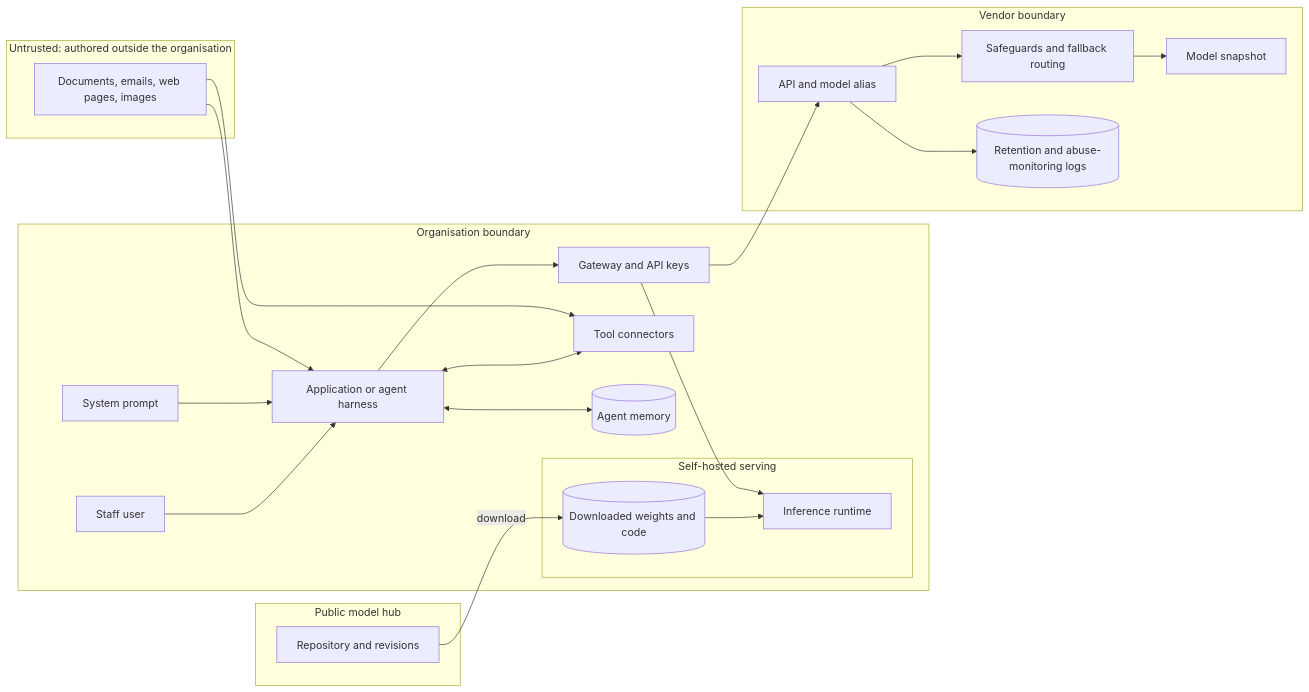
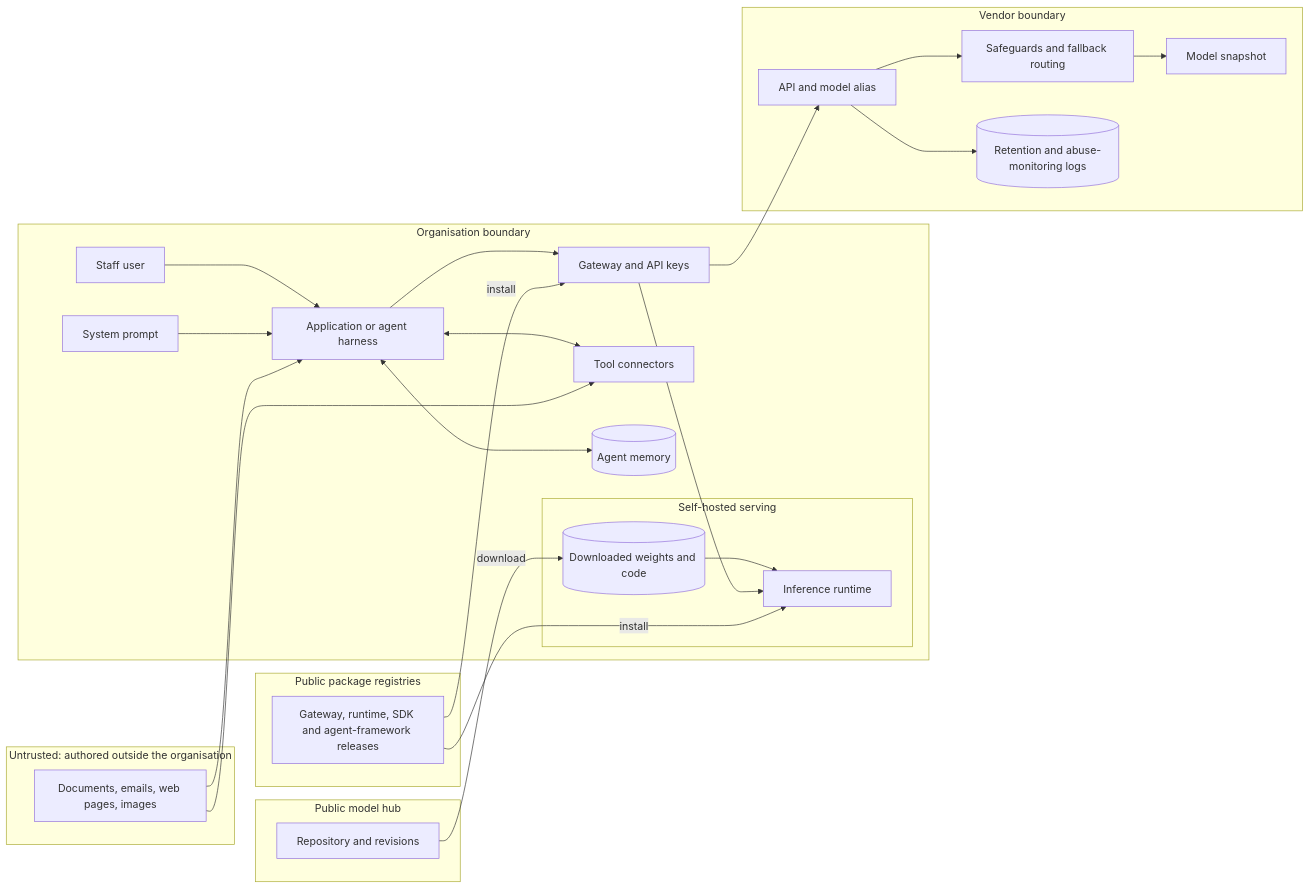
Before and after one commit to wtcooper/ai-security-evals: the diagram in threat-models/general-purpose-model.md, drawn with Mermaid. The commit also changed other lines of this file and 5 other files, not shown here.

````diff
--- a/threat-models/general-purpose-model.md
+++ b/threat-models/general-purpose-model.md
@@ -84,28 +98,33 @@
 ```mermaid
 flowchart LR
   subgraph EXT["Untrusted: authored outside the organisation"]
     DOCS["Documents, emails, web pages, images"]
   end
   subgraph ORG["Organisation boundary"]
     USER["Staff user"] --> APP["Application or agent harness"]
     SP["System prompt"] --> APP
     APP <--> TOOLS["Tool connectors"]
     APP <--> MEM[("Agent memory")]
     APP --> GW["Gateway and API keys"]
     subgraph SELF["Self-hosted serving"]
       FILES[("Downloaded weights and code")] --> RUN["Inference runtime"]
     end
     GW --> RUN
   end
   subgraph VENDOR["Vendor boundary"]
     API["API and model alias"] --> SG["Safeguards and fallback routing"] --> SNAP["Model snapshot"]
     API --> RET[("Retention and abuse-monitoring logs")]
   end
   subgraph HUB["Public model hub"]
     REPO["Repository and revisions"]
   end
+  subgraph REG["Public package registries"]
+    PKG["Gateway, runtime, SDK and agent-framework releases"]
+  end
   DOCS --> APP
   DOCS --> TOOLS
   GW --> API
   REPO -->|download| FILES
+  PKG -->|install| GW
+  PKG -->|install| RUN
 ```
````
